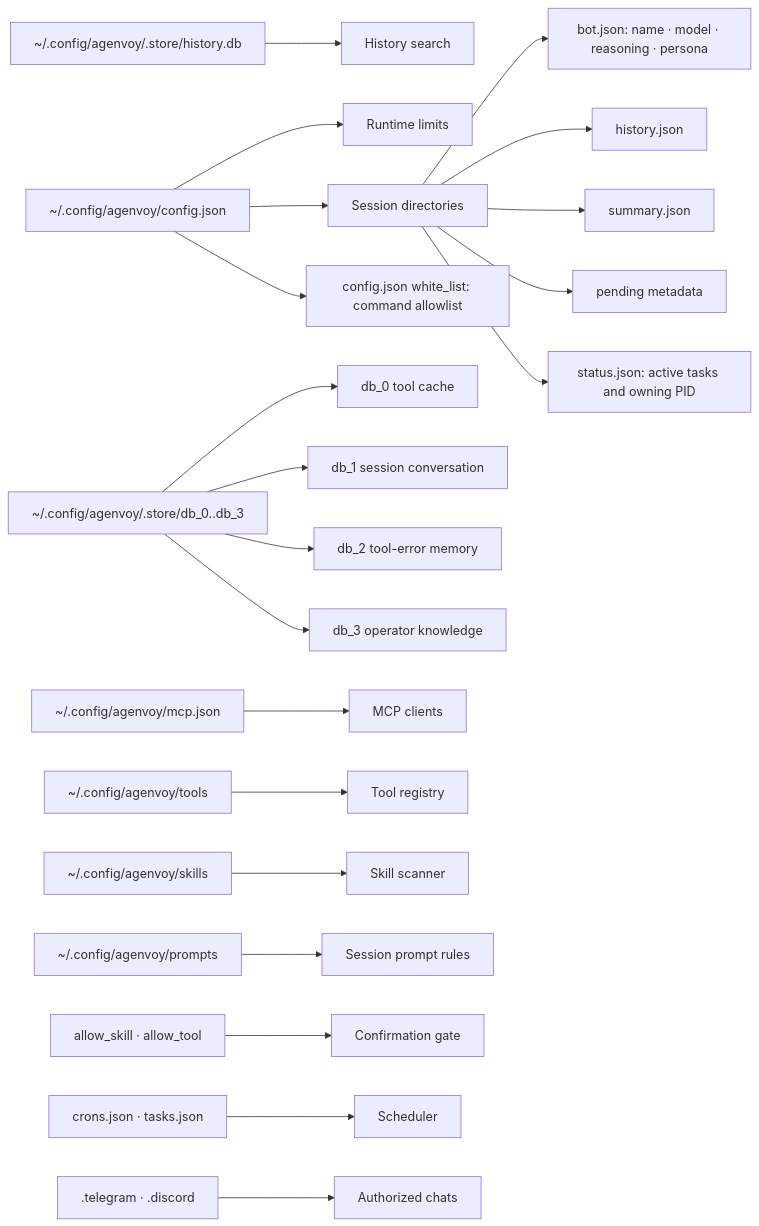
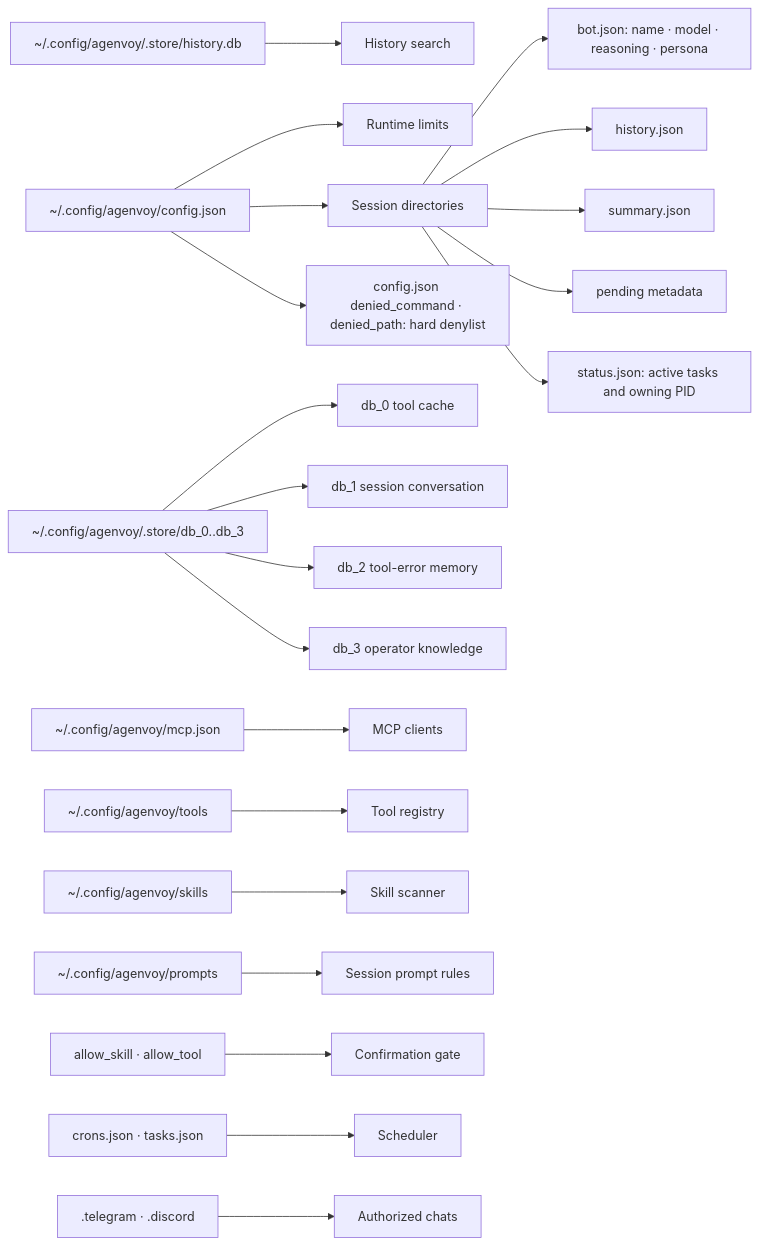
Diagram 12 of 12 in doc/architecture.md (agenvoy/Agenvoy), drawn with Mermaid before and after one commit. The commit also changed other lines of this file and 7 other files, not shown here.

````diff
--- a/doc/architecture.md
+++ b/doc/architecture.md
@@ -274,23 +279,23 @@
 ```mermaid
 flowchart LR
     Config[~/.config/agenvoy/config.json] --> Limits[Runtime limits]
     Config --> Sessions[Session directories]
     Sessions --> Bot[bot.json: name · model · reasoning · persona]
     Sessions --> History[history.json]
     Sessions --> Summary[summary.json]
     Sessions --> Pending[pending metadata]
     Sessions --> Status[status.json: active tasks and owning PID]
     SQLite[~/.config/agenvoy/.store/history.db] --> Search[History search]
     Torii[~/.config/agenvoy/.store/db_0..db_3] --> ToolCache[db_0 tool cache]
     Torii --> SessionHist[db_1 session conversation]
     Torii --> ErrorMemory[db_2 tool-error memory]
     Torii --> Knowledge[db_3 operator knowledge]
     MCP[~/.config/agenvoy/mcp.json] --> MCPClients[MCP clients]
     Tools[~/.config/agenvoy/tools] --> Registry[Tool registry]
     Skills[~/.config/agenvoy/skills] --> Scanner[Skill scanner]
     Prompts[~/.config/agenvoy/prompts] --> Rules[Session prompt rules]
     Allow[allow_skill · allow_tool] --> Gate[Confirmation gate]
-    Config --> CmdAllow[config.json white_list: command allowlist]
+    Config --> CmdDeny[config.json denied_command · denied_path: hard denylist]
     Schedule[crons.json · tasks.json] --> Scheduler[Scheduler]
     Auth[.telegram · .discord] --> Channels[Authorized chats]
 ```
````
